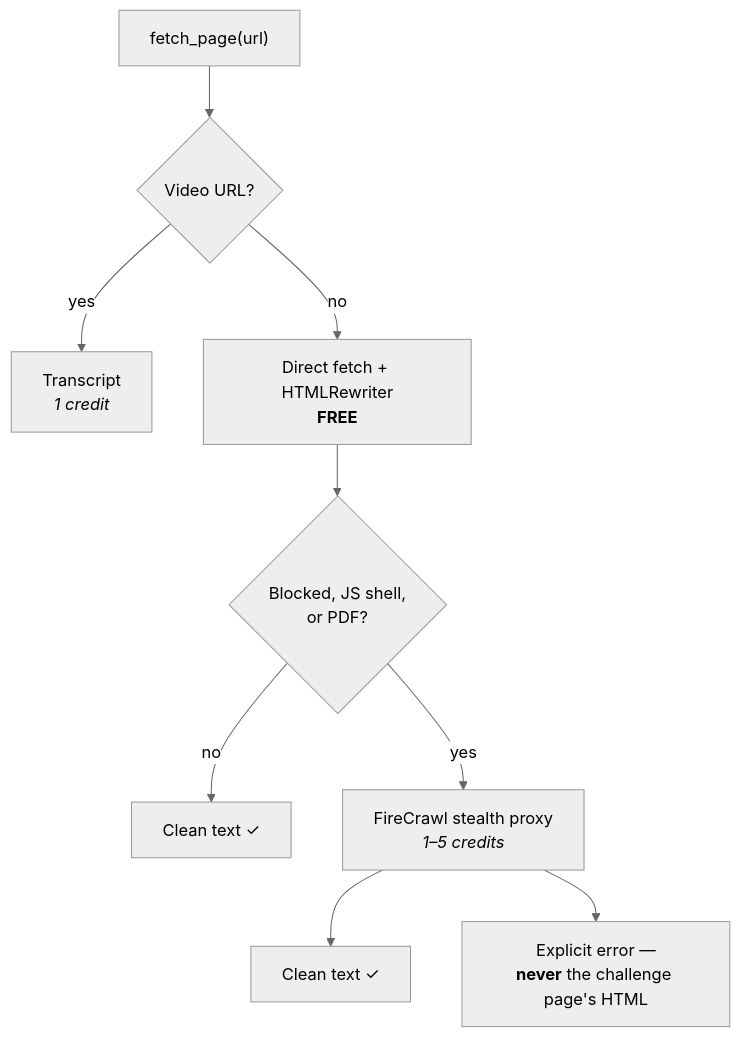
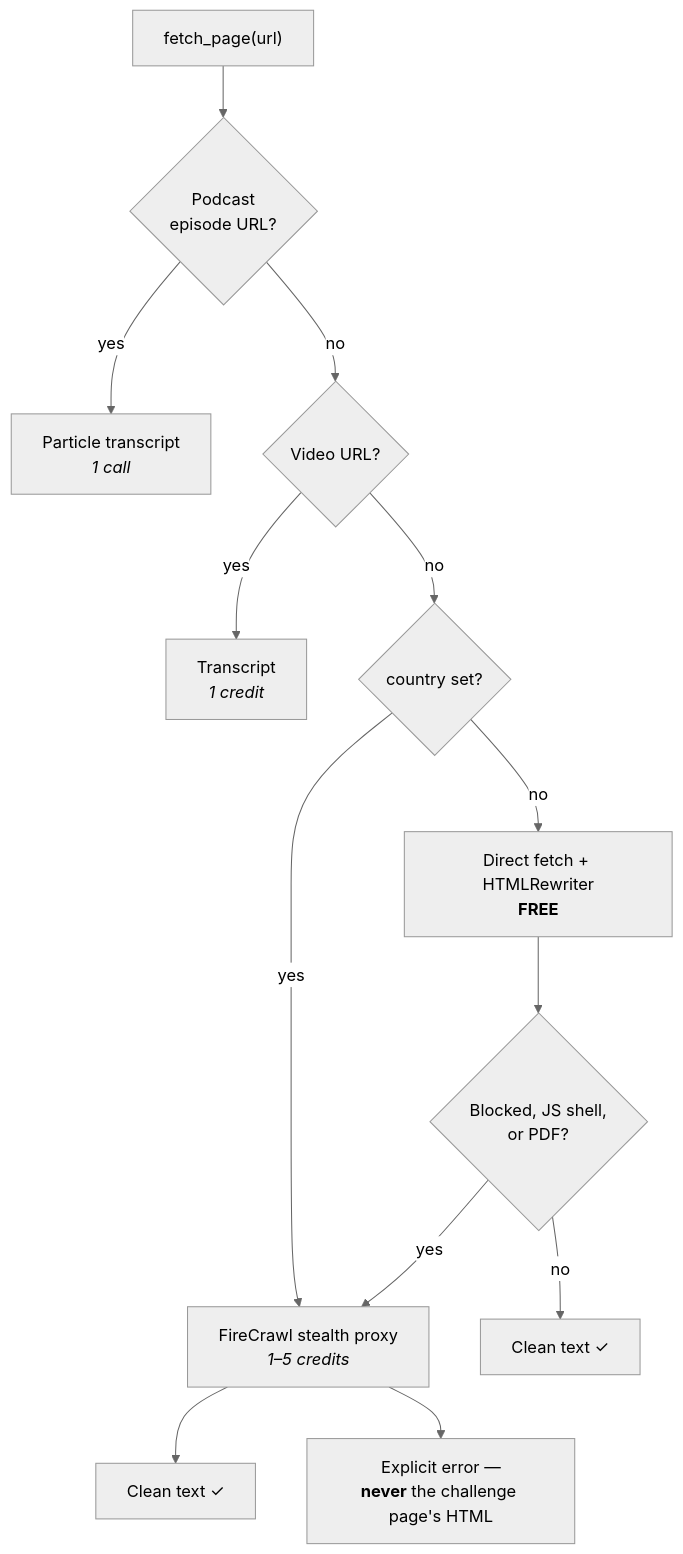
Before and after one commit to mike-nott/web-mcp: the second of 4 diagrams in README.md, drawn with Mermaid (neutral theme). The commit also changed other lines of this file, not shown here.

Commit message:
README: podcasts, news, Alexandria and the new fetch_page routes

````diff
--- a/README.md
+++ b/README.md
@@ -111,11 +113,15 @@
 ```mermaid
 flowchart TD
-    U["fetch_page(url)"] --> V{"Video URL?"}
+    U["fetch_page(url)"] --> PC{"Podcast<br/>episode URL?"}
+    PC -->|yes| PT["Particle transcript<br/><i>1 call</i>"]
+    PC -->|no| V{"Video URL?"}
     V -->|yes| T["Transcript<br/><i>1 credit</i>"]
-    V -->|no| D["Direct fetch + HTMLRewriter<br/><b>FREE</b>"]
+    V -->|no| G{"country set?"}
+    G -->|yes| F
+    G -->|no| D["Direct fetch + HTMLRewriter<br/><b>FREE</b>"]
     D --> C{"Blocked, JS shell,<br/>or PDF?"}
     C -->|no| OK["Clean text ✓"]
     C -->|yes| F["FireCrawl stealth proxy<br/><i>1–5 credits</i>"]
     F --> OK2["Clean text ✓"]
     F --> ERR["Explicit error —<br/><b>never</b> the challenge page's HTML"]
 ```
````
